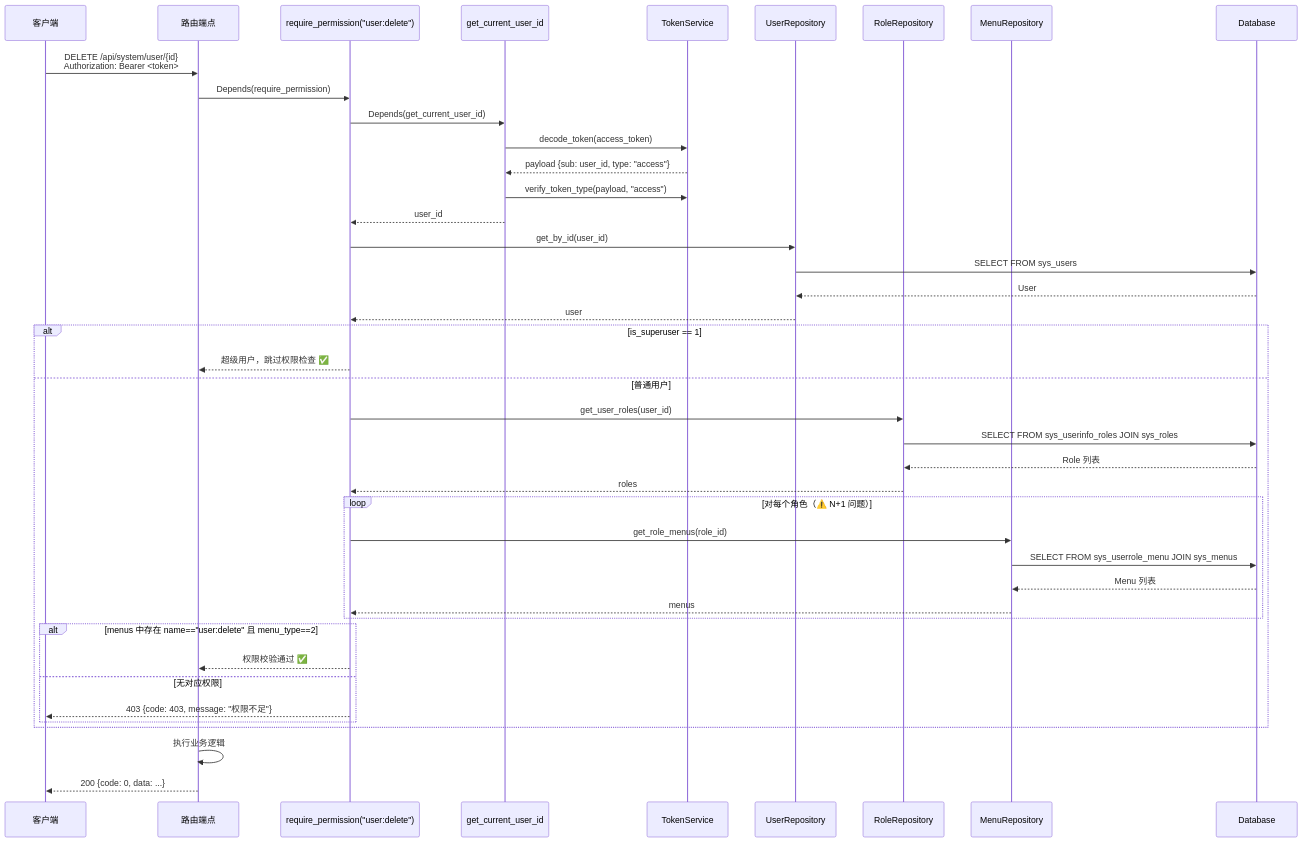
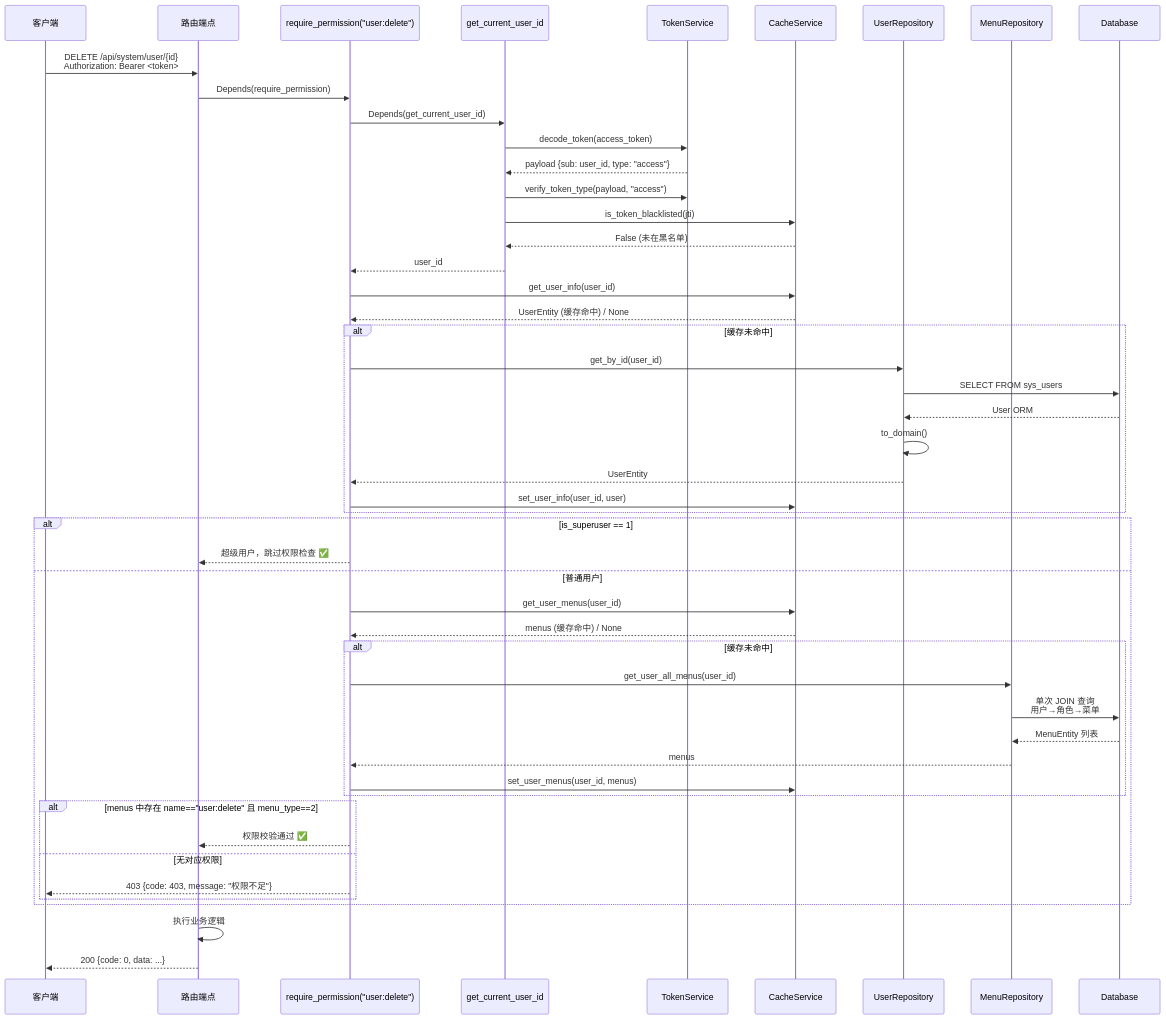
Before and after one commit to taoweidong/Hello-FastApi: the third of 8 diagrams in service/docs/design/核心流程图与时序图.md, drawn with Mermaid. The commit also changed other lines of this file and 22 other files, not shown here.

````diff
--- a/service/docs/design/核心流程图与时序图.md
+++ b/service/docs/design/核心流程图与时序图.md
@@ -110,52 +118,62 @@
 ```mermaid
 sequenceDiagram
     participant C as 客户端
     participant R as 路由端点
     participant P as require_permission("user:delete")
     participant AUTH as get_current_user_id
     participant TS as TokenService
+    participant CS as CacheService
     participant UR as UserRepository
-    participant RR as RoleRepository
     participant MR as MenuRepository
     participant DB as Database
 
     C->>R: DELETE /api/system/user/{id}<br/>Authorization: Bearer <token>
 
     R->>P: Depends(require_permission)
     P->>AUTH: Depends(get_current_user_id)
 
     AUTH->>TS: decode_token(access_token)
     TS-->>AUTH: payload {sub: user_id, type: "access"}
     AUTH->>TS: verify_token_type(payload, "access")
+
+    AUTH->>CS: is_token_blacklisted(jti)
+    CS-->>AUTH: False (未在黑名单)
+
     AUTH-->>P: user_id
 
-    P->>UR: get_by_id(user_id)
-    UR->>DB: SELECT FROM sys_users
-    DB-->>UR: User
-    UR-->>P: user
+    P->>CS: get_user_info(user_id)
+    CS-->>P: UserEntity (缓存命中) / None
+
+    alt 缓存未命中
+        P->>UR: get_by_id(user_id)
+        UR->>DB: SELECT FROM sys_users
+        DB-->>UR: User ORM
+        UR->>UR: to_domain()
+        UR-->>P: UserEntity
+        P->>CS: set_user_info(user_id, user)
+    end
 
     alt is_superuser == 1
         P-->>R: 超级用户，跳过权限检查 ✅
     else 普通用户
-        P->>RR: get_user_roles(user_id)
-        RR->>DB: SELECT FROM sys_userinfo_roles JOIN sys_roles
-        DB-->>RR: Role 列表
-        RR-->>P: roles
+        P->>CS: get_user_menus(user_id)
+        CS-->>P: menus (缓存命中) / None
 
-        loop 对每个角色（⚠️ N+1 问题）
-            P->>MR: get_role_menus(role_id)
-            MR->>DB: SELECT FROM sys_userrole_menu JOIN sys_menus
-            DB-->>MR: Menu 列表
+        alt 缓存未命中
+            P->>MR: get_user_all_menus(user_id)
+            MR->>DB: 单次 JOIN 查询<br/>用户→角色→菜单
+            DB-->>MR: MenuEntity 列表
             MR-->>P: menus
+            P->>CS: set_user_menus(user_id, menus)
         end
 
         alt menus 中存在 name=="user:delete" 且 menu_type==2
             P-->>R: 权限校验通过 ✅
         else 无对应权限
             P-->>C: 403 {code: 403, message: "权限不足"}
         end
     end
 
     R->>R: 执行业务逻辑
     R-->>C: 200 {code: 0, data: ...}
 ```
````
